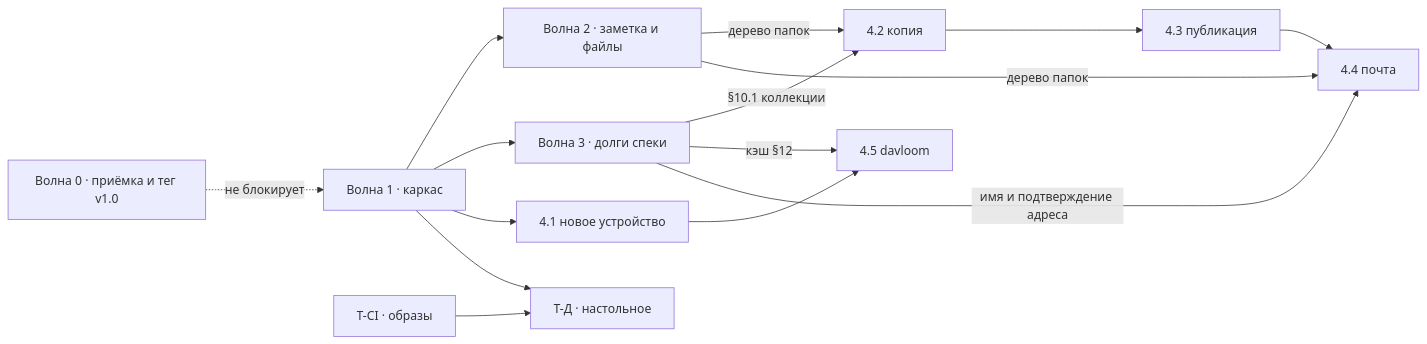
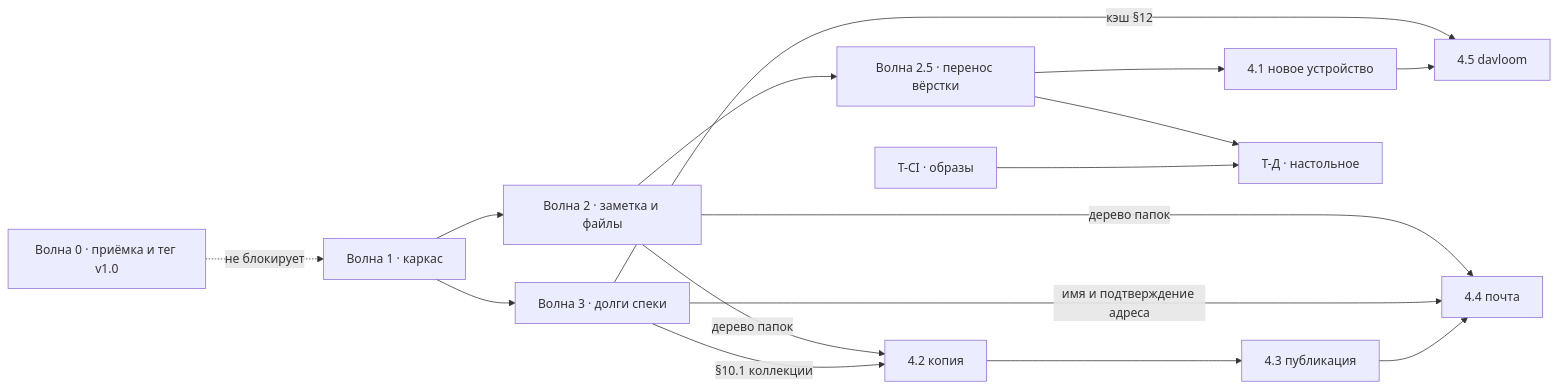
The diagram in docs/plans/global-plan.md (mixeme/carrel), drawn with Mermaid before and after one commit. The commit also changed other lines of this file and 3 other files, not shown here.

````diff
--- a/docs/plans/global-plan.md
+++ b/docs/plans/global-plan.md
@@ -49,19 +52,20 @@
 ```mermaid
 flowchart LR
   W0["Волна 0 · приёмка и тег v1.0"]
   W1["Волна 1 · каркас"]
   W0 -. "не блокирует" .-> W1
   W1 --> W2["Волна 2 · заметка и файлы"]
+  W2 --> W25["Волна 2.5 · перенос вёрстки"]
   W1 --> W3["Волна 3 · долги спеки"]
   W2 -->|"дерево папок"| F2["4.2 копия"]
   W2 -->|"дерево папок"| F4["4.4 почта"]
   W3 -->|"§10.1 коллекции"| F2
   W3 -->|"кэш §12"| F5["4.5 davloom"]
   W3 -->|"имя и подтверждение адреса"| F4
   F1["4.1 новое устройство"] --> F5
-  W1 --> F1
+  W25 --> F1
   F3["4.3 публикация"] --> F4
   F2 --> F3
-  W1 --> TD["Т-Д · настольное"]
+  W25 --> TD["Т-Д · настольное"]
   TCI["Т-CI · образы"] --> TD
 ```
````
